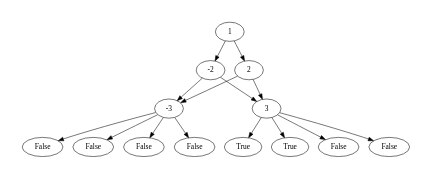
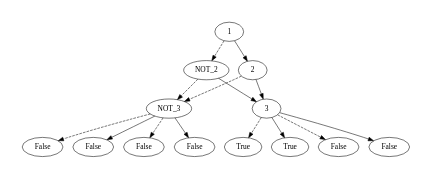
One commit to GCoiffier/Projet-2 changed the diagram in test.dot. Above: the diagram before and after it, drawn with Graphviz. The commit also changed 40 other files, not shown here.

```diff
--- a/test.dot
+++ b/test.dot
@@ -1,17 +1,17 @@
 digraph BDD { 
  size = "2,2"; 
-1 -> -2 ; 
+1 -> NOT_2 [style=dashed] ; 
 1 -> 2 ; 
--2 -> -3 ; 
--2 -> 3 ; 
--3 -> { l1[label = "False "]} ; 
--3 -> { l2[label = "False "]} ; 
-3 -> { l3[label = "True "]} ; 
+NOT_2 -> NOT_3 [style=dashed] ; 
+NOT_2 -> 3 ; 
+NOT_3 -> { l1[label = "False "]} [style=dashed] ; 
+NOT_3 -> { l2[label = "False "]} ; 
+3 -> { l3[label = "True "]} [style=dashed] ; 
 3 -> { l4[label = "True "]} ; 
-2 -> -3 ; 
+2 -> NOT_3 [style=dashed] ; 
 2 -> 3 ; 
--3 -> { l5[label = "False "]} ; 
--3 -> { l6[label = "False "]} ; 
-3 -> { l7[label = "False "]} ; 
+NOT_3 -> { l5[label = "False "]} [style=dashed] ; 
+NOT_3 -> { l6[label = "False "]} ; 
+3 -> { l7[label = "False "]} [style=dashed] ; 
 3 -> { l8[label = "False "]} ; 
 }
```
